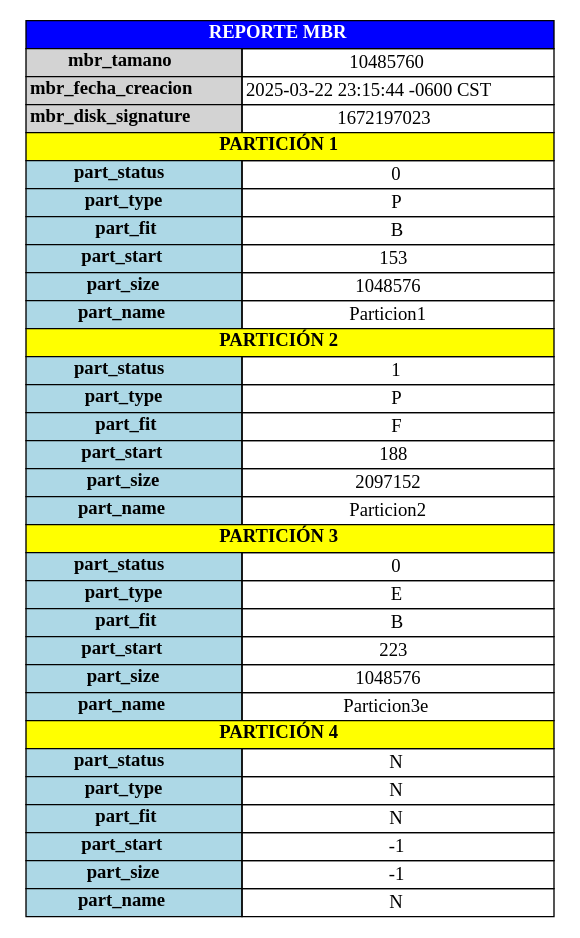
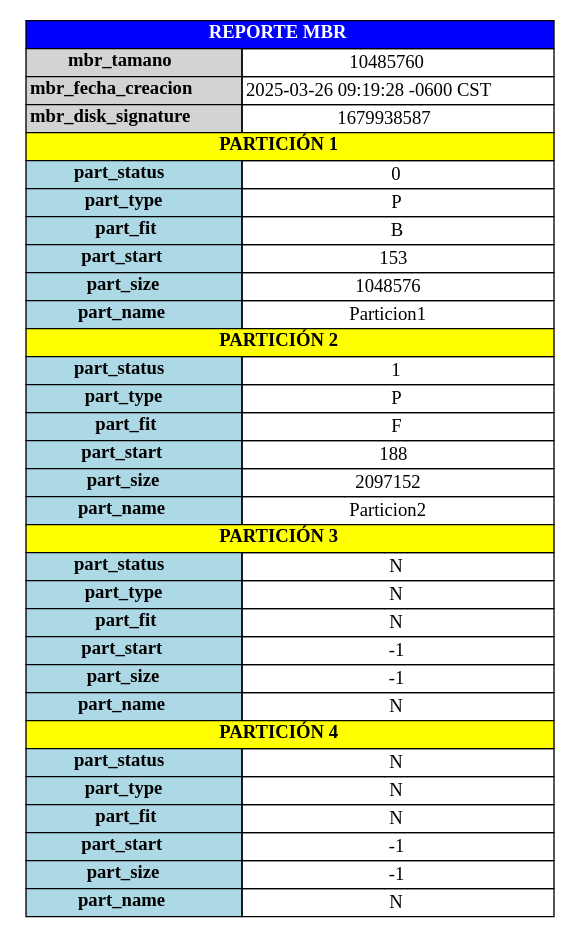
The diagram in backend/output/report_mbr.dot (AbdielOtzoy/MIA_1S2025_P1_202300350), drawn with Graphviz before and after one commit. The commit also changed 22 other files, not shown here.

```diff
--- a/backend/output/report_mbr.dot
+++ b/backend/output/report_mbr.dot
@@ -1,41 +1,41 @@
 digraph G {
         node [shape=plaintext]
         tabla [label=<
             <table border="0" cellborder="1" cellspacing="0">
                 <tr><td colspan="2" bgcolor="blue"><font color="white"><b>REPORTE MBR</b></font></td></tr>
                 <tr><td bgcolor="lightgray"><b>mbr_tamano</b></td><td>10485760</td></tr>
-                <tr><td bgcolor="lightgray"><b>mbr_fecha_creacion</b></td><td>2025-03-22 23:15:44 -0600 CST</td></tr>
-                <tr><td bgcolor="lightgray"><b>mbr_disk_signature</b></td><td>1672197023</td></tr>
+                <tr><td bgcolor="lightgray"><b>mbr_fecha_creacion</b></td><td>2025-03-26 09:19:28 -0600 CST</td></tr>
+                <tr><td bgcolor="lightgray"><b>mbr_disk_signature</b></td><td>1679938587</td></tr>
             
 				<tr><td colspan="2" bgcolor="yellow"><b>PARTICIÓN 1</b></td></tr>
 				<tr><td bgcolor="lightblue"><b>part_status</b></td><td>0</td></tr>
 				<tr><td bgcolor="lightblue"><b>part_type</b></td><td>P</td></tr>
 				<tr><td bgcolor="lightblue"><b>part_fit</b></td><td>B</td></tr>
 				<tr><td bgcolor="lightblue"><b>part_start</b></td><td>153</td></tr>
 				<tr><td bgcolor="lightblue"><b>part_size</b></td><td>1048576</td></tr>
 				<tr><td bgcolor="lightblue"><b>part_name</b></td><td>Particion1</td></tr>
 			
 				<tr><td colspan="2" bgcolor="yellow"><b>PARTICIÓN 2</b></td></tr>
 				<tr><td bgcolor="lightblue"><b>part_status</b></td><td>1</td></tr>
 				<tr><td bgcolor="lightblue"><b>part_type</b></td><td>P</td></tr>
 				<tr><td bgcolor="lightblue"><b>part_fit</b></td><td>F</td></tr>
 				<tr><td bgcolor="lightblue"><b>part_start</b></td><td>188</td></tr>
 				<tr><td bgcolor="lightblue"><b>part_size</b></td><td>2097152</td></tr>
 				<tr><td bgcolor="lightblue"><b>part_name</b></td><td>Particion2</td></tr>
 			
 				<tr><td colspan="2" bgcolor="yellow"><b>PARTICIÓN 3</b></td></tr>
-				<tr><td bgcolor="lightblue"><b>part_status</b></td><td>0</td></tr>
-				<tr><td bgcolor="lightblue"><b>part_type</b></td><td>E</td></tr>
-				<tr><td bgcolor="lightblue"><b>part_fit</b></td><td>B</td></tr>
-				<tr><td bgcolor="lightblue"><b>part_start</b></td><td>223</td></tr>
-				<tr><td bgcolor="lightblue"><b>part_size</b></td><td>1048576</td></tr>
-				<tr><td bgcolor="lightblue"><b>part_name</b></td><td>Particion3e</td></tr>
+				<tr><td bgcolor="lightblue"><b>part_status</b></td><td>N</td></tr>
+				<tr><td bgcolor="lightblue"><b>part_type</b></td><td>N</td></tr>
+				<tr><td bgcolor="lightblue"><b>part_fit</b></td><td>N</td></tr>
+				<tr><td bgcolor="lightblue"><b>part_start</b></td><td>-1</td></tr>
+				<tr><td bgcolor="lightblue"><b>part_size</b></td><td>-1</td></tr>
+				<tr><td bgcolor="lightblue"><b>part_name</b></td><td>N</td></tr>
 			
 				<tr><td colspan="2" bgcolor="yellow"><b>PARTICIÓN 4</b></td></tr>
 				<tr><td bgcolor="lightblue"><b>part_status</b></td><td>N</td></tr>
 				<tr><td bgcolor="lightblue"><b>part_type</b></td><td>N</td></tr>
 				<tr><td bgcolor="lightblue"><b>part_fit</b></td><td>N</td></tr>
 				<tr><td bgcolor="lightblue"><b>part_start</b></td><td>-1</td></tr>
 				<tr><td bgcolor="lightblue"><b>part_size</b></td><td>-1</td></tr>
 				<tr><td bgcolor="lightblue"><b>part_name</b></td><td>N</td></tr>
 			</table>>] }
```
